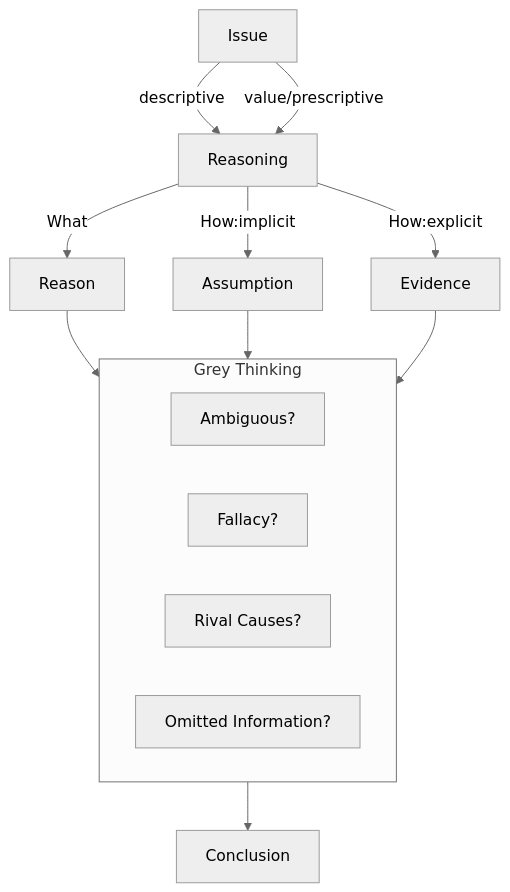
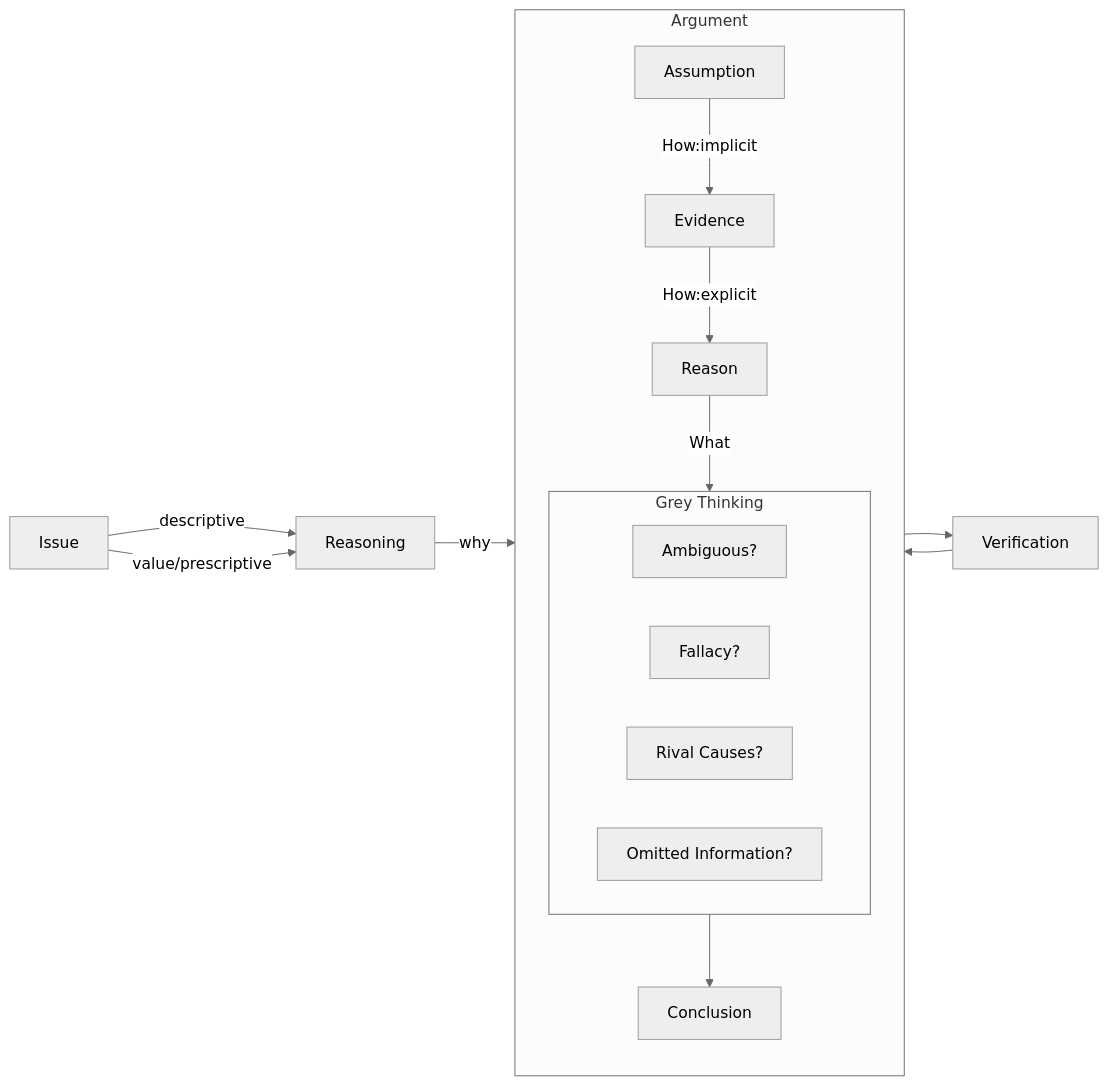
Before and after one commit to El25Aleph/_Aleph: the diagram in docs/card-@学会提问-批判性思维.md, drawn with Mermaid. The commit also changed other lines of this file and 10 other files, not shown here.

````diff
--- a/docs/card-@学会提问-批判性思维.md
+++ b/docs/card-@学会提问-批判性思维.md
@@ -1,19 +3,26 @@
 ```mermaid
-graph TD
-%%{init:{'theme': 'neutral'}}%%
+---
+config:
+    theme: "neutral"
+---
+
+graph LR
   Issue --descriptive--> E[Reasoning]
   Issue --value/prescriptive--> E[Reasoning]
-  A[Reason]
-  B[Assumption]
-  C[Evidence]
-  subgraph D[Grey Thinking]
-  Ambiguous?
-  Fallacy?
-  F[Rival Causes?]
-  G[Omitted Information?]
-  end
-  E --> |What|A
-  E --> |How:implicit|B
-  E --> |How:explicit|C
-  A & B & C --> D --> Conclusion
+  E --> |why|H    
+    subgraph H[Argument]
+    A[Reason]
+    B[Assumption]
+    C[Evidence]
+    subgraph D[Grey Thinking]
+    Ambiguous?
+    Fallacy?
+    F[Rival Causes?]
+    G[Omitted Information?]
+    end
+    D --> Conclusion 
+    B --> |How:implicit|C --> |How:explicit|A --> |What|D
+    end
+
+H --> Verification --> H
 ```
````
